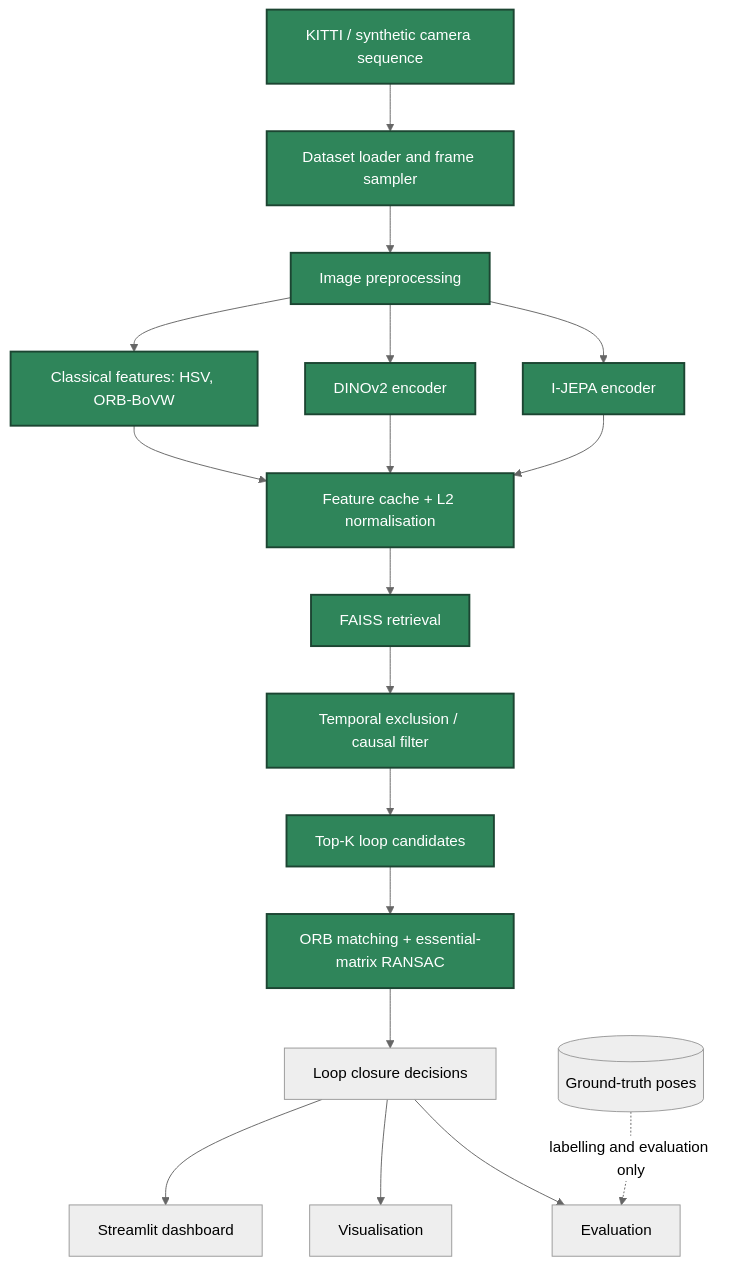
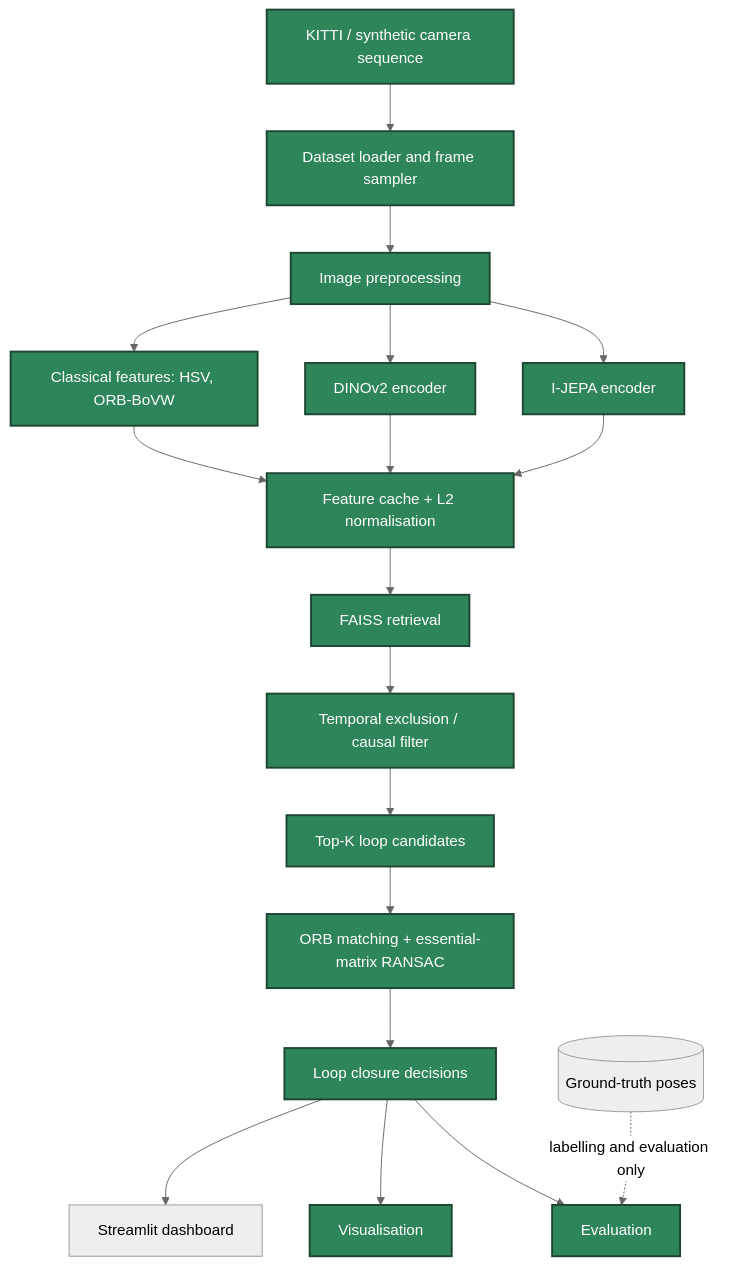
Before and after one commit to harishnr93/jepa-slam: the first of 2 diagrams in README.md, drawn with Mermaid (neutral theme). The commit also changed other lines of this file and 156 other files, not shown here.

````diff
--- a/README.md
+++ b/README.md
@@ -64,20 +67,20 @@
 ```mermaid
 flowchart TD
     A[KITTI / synthetic camera sequence] --> B[Dataset loader and frame sampler]
     B --> C[Image preprocessing]
     C --> D1[I-JEPA encoder]
     C --> D2[DINOv2 encoder]
     C --> D3[Classical features: HSV, ORB-BoVW]
     D1 & D2 & D3 --> E[Feature cache + L2 normalisation]
     E --> F[FAISS retrieval]
     F --> G[Temporal exclusion / causal filter]
     G --> H[Top-K loop candidates]
     H --> I[ORB matching + essential-matrix RANSAC]
     I --> J[Loop closure decisions]
     J --> K1[Evaluation]
     J --> K2[Visualisation]
     J --> K3[Streamlit dashboard]
     GT[(Ground-truth poses)] -. labelling and evaluation only .-> K1
     classDef done fill:#2f855a,stroke:#1c4532,color:#ffffff,stroke-width:2px
-    class A,B,C,D1,D2,D3,E,F,G,H,I done
+    class A,B,C,D1,D2,D3,E,F,G,H,I,J,K1,K2 done
 ```
````
